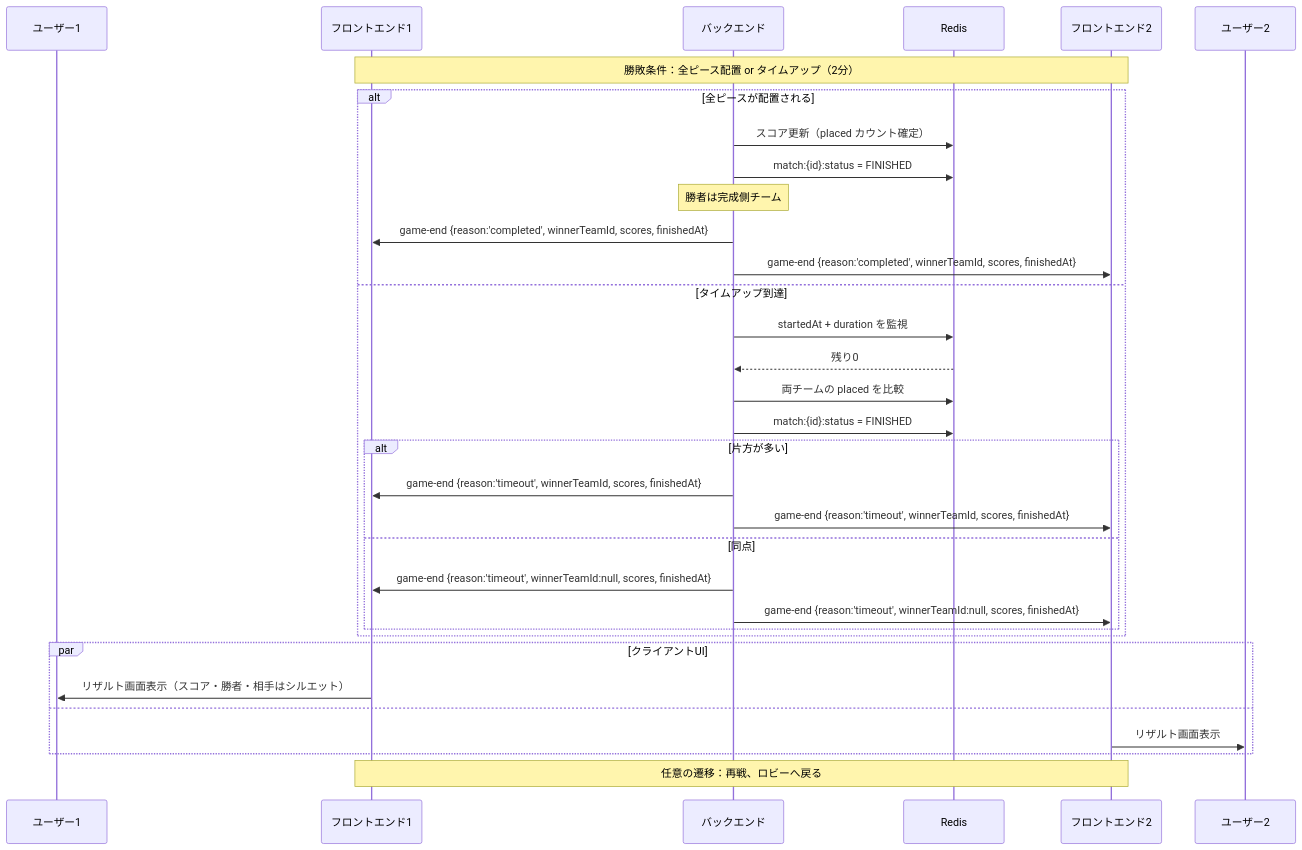
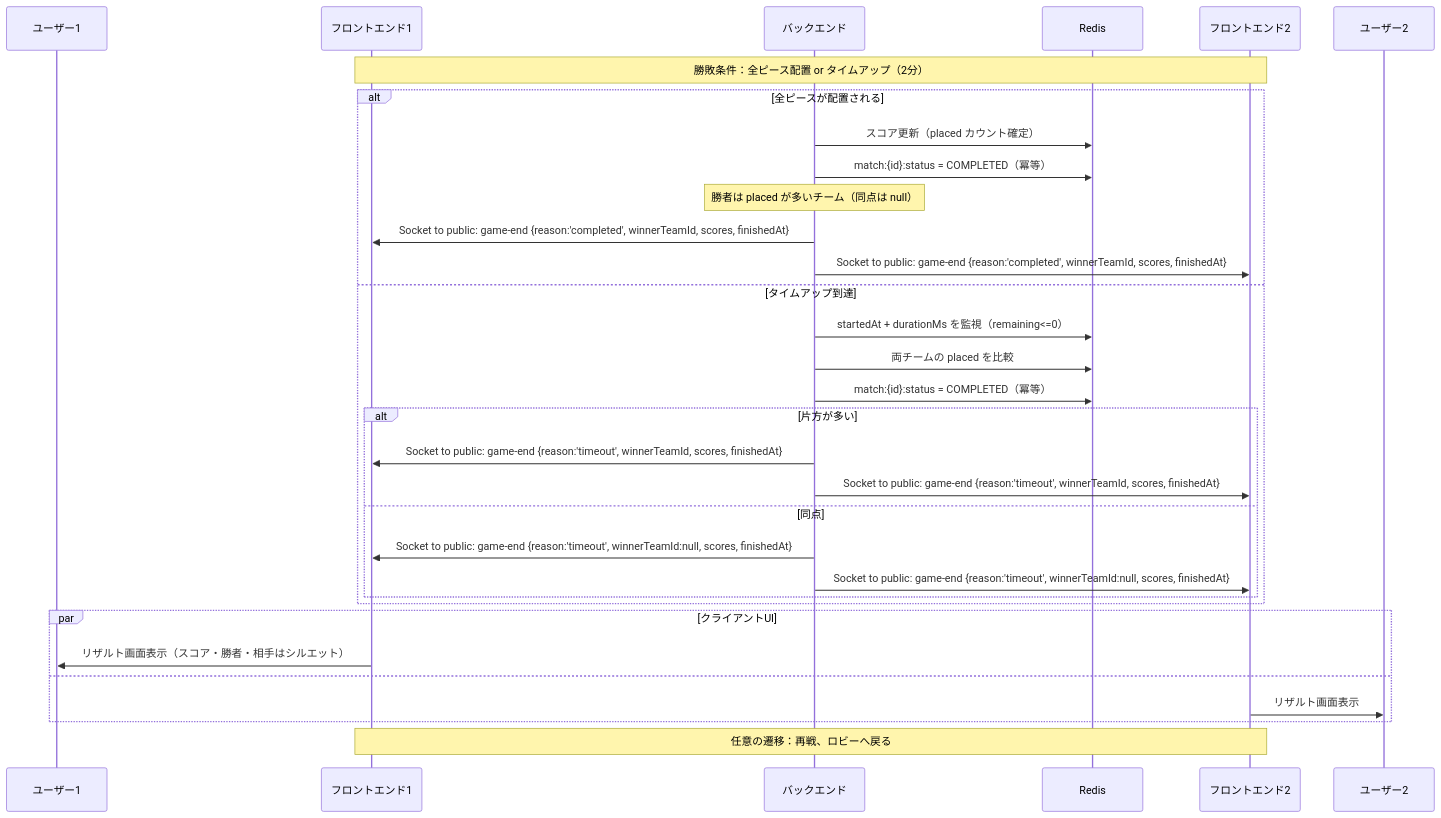
Before and after one commit to kotek-7/minpuzz: the diagram in docs/sequence-game-end.mmd, drawn with Mermaid. The commit also changed other lines of this file and 6 other files, not shown here.

```diff
--- a/docs/sequence-game-end.mmd
+++ b/docs/sequence-game-end.mmd
@@ -1,39 +1,38 @@
 %%{init: {'theme':'default', 'themeVariables': {'primaryColor': '#4f46e5', 'primaryTextColor': '#fff', 'primaryBorderColor': '#3730a3', 'lineColor': '#374151', 'secondaryColor': '#e5e7eb', 'tertiaryColor': '#f3f4f6'}}}%%
 
 sequenceDiagram
     participant U1 as ユーザー1
     participant F1 as フロントエンド1
     participant B as バックエンド
     participant R as Redis
     participant F2 as フロントエンド2
     participant U2 as ユーザー2
 
     Note over F1,F2: 勝敗条件：全ピース配置 or タイムアップ（2分）
 
     alt 全ピースが配置される
         B->>R: スコア更新（placed カウント確定）
-        B->>R: match:{id}:status = FINISHED
-        Note over B: 勝者は完成側チーム
-        B->>F1: game-end {reason:'completed', winnerTeamId, scores, finishedAt}
-        B->>F2: game-end {reason:'completed', winnerTeamId, scores, finishedAt}
+        B->>R: match:{id}:status = COMPLETED（冪等）
+        Note over B: 勝者は placed が多いチーム（同点は null）
+        B->>F1: Socket to public: game-end {reason:'completed', winnerTeamId, scores, finishedAt}
+        B->>F2: Socket to public: game-end {reason:'completed', winnerTeamId, scores, finishedAt}
     else タイムアップ到達
-        B->>R: startedAt + duration を監視
-        R-->>B: 残り0
+        B->>R: startedAt + durationMs を監視（remaining<=0）
         B->>R: 両チームの placed を比較
-        B->>R: match:{id}:status = FINISHED
+        B->>R: match:{id}:status = COMPLETED（冪等）
         alt 片方が多い
-            B->>F1: game-end {reason:'timeout', winnerTeamId, scores, finishedAt}
-            B->>F2: game-end {reason:'timeout', winnerTeamId, scores, finishedAt}
+            B->>F1: Socket to public: game-end {reason:'timeout', winnerTeamId, scores, finishedAt}
+            B->>F2: Socket to public: game-end {reason:'timeout', winnerTeamId, scores, finishedAt}
         else 同点
-            B->>F1: game-end {reason:'timeout', winnerTeamId:null, scores, finishedAt}
-            B->>F2: game-end {reason:'timeout', winnerTeamId:null, scores, finishedAt}
+            B->>F1: Socket to public: game-end {reason:'timeout', winnerTeamId:null, scores, finishedAt}
+            B->>F2: Socket to public: game-end {reason:'timeout', winnerTeamId:null, scores, finishedAt}
         end
     end
 
     par クライアントUI
         F1->>U1: リザルト画面表示（スコア・勝者・相手はシルエット）
     and
         F2->>U2: リザルト画面表示
     end
 
     Note over F1,F2: 任意の遷移：再戦、ロビーへ戻る
```
